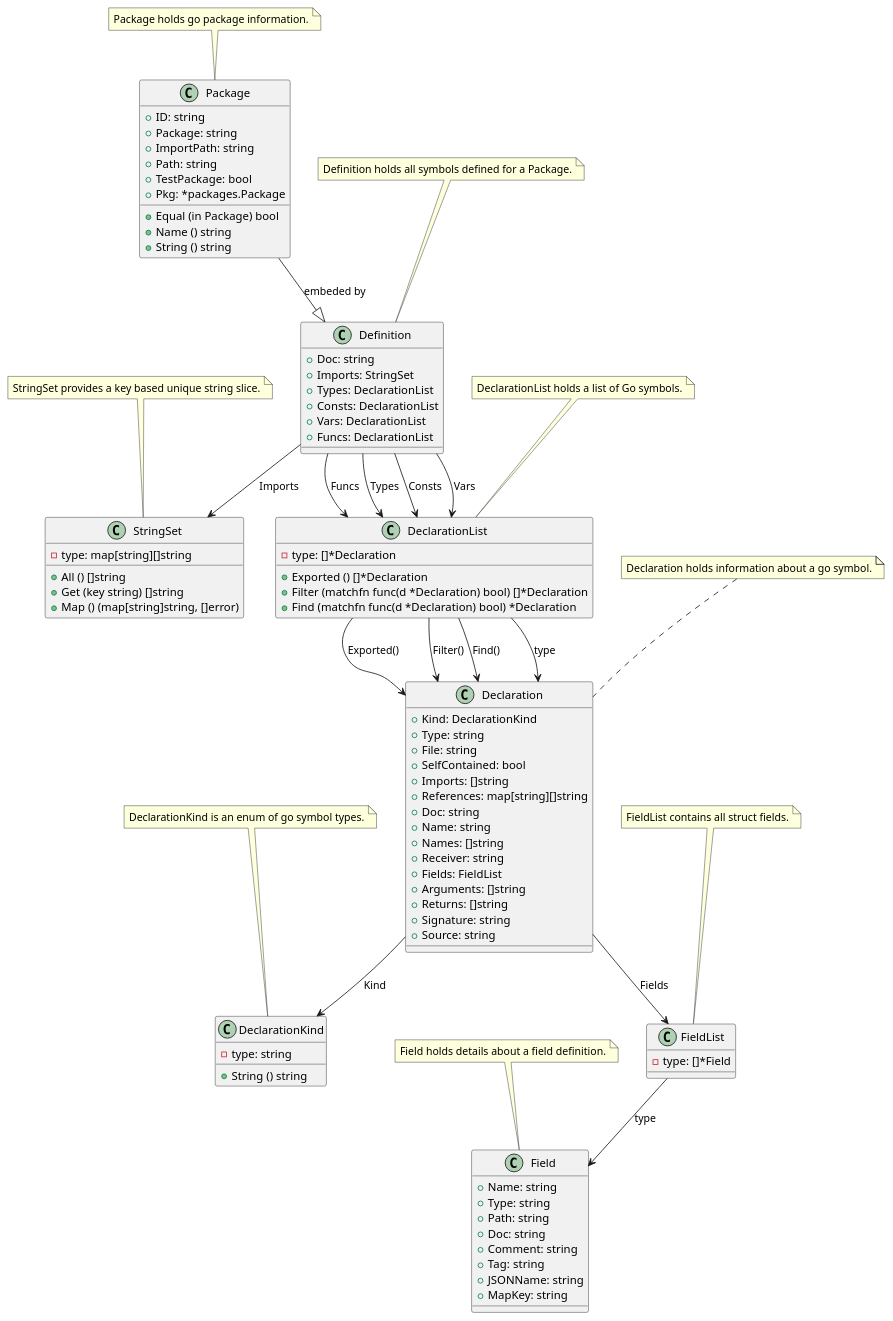
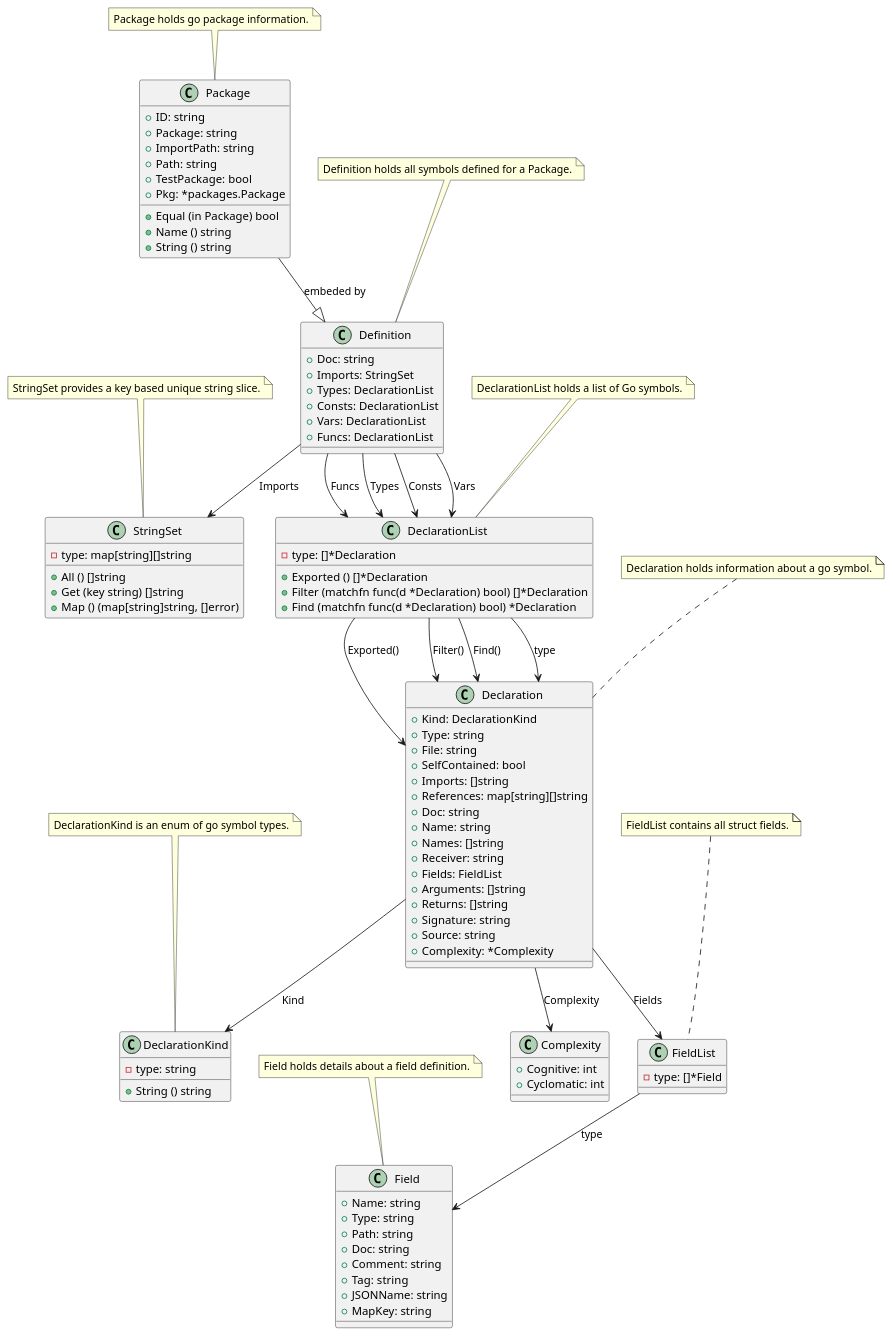
One commit to titpetric/exp changed the diagram in cmd/go-fsck/model/restored/go-fsck.puml. Above: the diagram before and after it, drawn with PlantUML. The commit also changed 10 other files, not shown here.

Commit message:
Add cyclomatic/cognitive complexity for functions scanned

```diff
--- a/cmd/go-fsck/model/restored/go-fsck.puml
+++ b/cmd/go-fsck/model/restored/go-fsck.puml
@@ -1,138 +1,146 @@
 @startuml
+
+class Complexity {
+  + Cognitive: int
+  + Cyclomatic: int
+}
 
 class Declaration {
   + Kind: DeclarationKind
   + Type: string
   + File: string
   + SelfContained: bool
   + Imports: []string
   + References: map[string][]string
   + Doc: string
   + Name: string
   + Names: []string
   + Receiver: string
   + Fields: FieldList
   + Arguments: []string
   + Returns: []string
   + Signature: string
   + Source: string
+  + Complexity: *Complexity
 }
 
 class DeclarationKind {
   - type: string
   + String () string
 }
 
 class DeclarationList {
   - type: []*Declaration
   + Exported () []*Declaration
   + Filter (matchfn func(d *Declaration) bool) []*Declaration
   + Find (matchfn func(d *Declaration) bool) *Declaration
 }
 
 class Definition {
   + Doc: string
   + Imports: StringSet
   + Types: DeclarationList
   + Consts: DeclarationList
   + Vars: DeclarationList
   + Funcs: DeclarationList
 }
 
 class Field {
   + Name: string
   + Type: string
   + Path: string
   + Doc: string
   + Comment: string
   + Tag: string
   + JSONName: string
   + MapKey: string
 }
 
 class FieldList {
   - type: []*Field
 }
 
 class Package {
   + ID: string
   + Package: string
   + ImportPath: string
   + Path: string
   + TestPackage: bool
   + Pkg: *packages.Package
   + Equal (in Package) bool
   + Name () string
   + String () string
 }
 
 class StringSet {
   - type: map[string][]string
   + All () []string
   + Get (key string) []string
   + Map () (map[string]string, []error)
 }
 
+
 Declaration --> DeclarationKind : Kind
 Declaration --> FieldList : Fields
+Declaration --> Complexity : Complexity
 
 note top of Declaration
 Declaration holds information about a go symbol.
 end note
 
 
 
 note top of DeclarationKind
 DeclarationKind is an enum of go symbol types.
 end note
 
 
 DeclarationList --> Declaration : type
 
 note top of DeclarationList
 DeclarationList holds a list of Go symbols.
 end note
 
 
 DeclarationList --> Declaration : Exported()
 DeclarationList --> Declaration : Filter()
 DeclarationList --> Declaration : Find()
 Package --|> Definition : embeded by
 Definition --> StringSet : Imports
 Definition --> DeclarationList : Types
 Definition --> DeclarationList : Consts
 Definition --> DeclarationList : Vars
 Definition --> DeclarationList : Funcs
 
 note top of Definition
 Definition holds all symbols defined for a Package.
 end note
 
 
 
 note top of Field
 Field holds details about a field definition.
 end note
 
 
 FieldList --> Field : type
 
 note top of FieldList
 FieldList contains all struct fields.
 end note
 
 
 
 note top of Package
 Package holds go package information.
 end note
 
 
 
 note top of StringSet
 StringSet provides a key based unique string slice.
 end note
 
 
 
 @enduml
```
